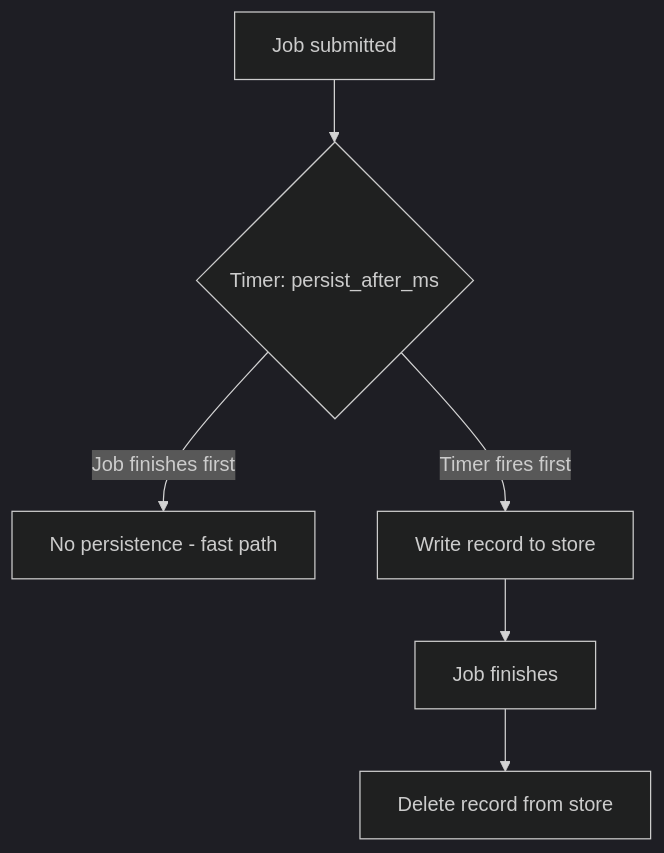
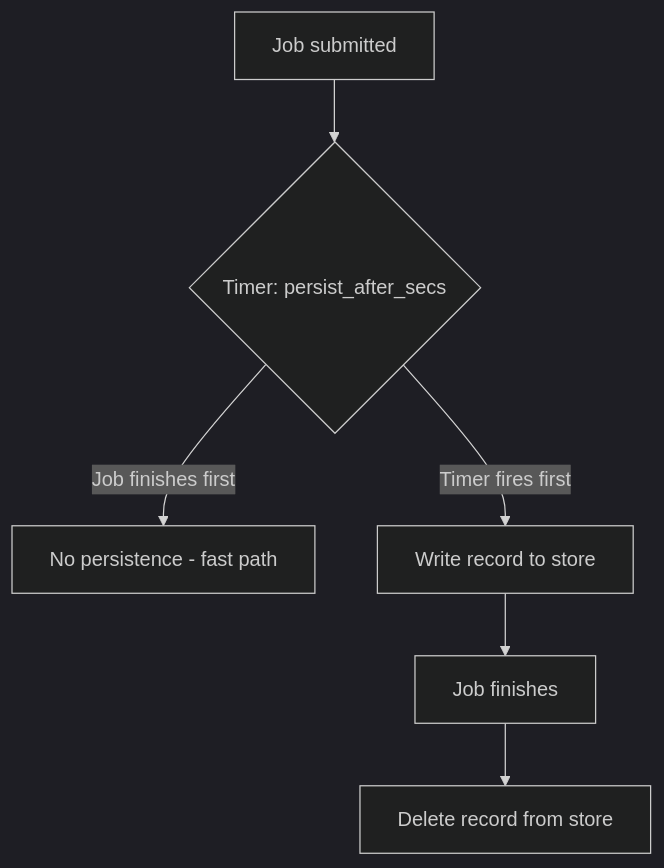
One commit to ecmwf/bits-broker changed the eighth of 9 diagrams in docs/src/data-flow.md. Above: the diagram before and after it, drawn with Mermaid (dark theme). The commit also changed 11 other files, not shown here.

````diff
--- a/docs/src/data-flow.md
+++ b/docs/src/data-flow.md
@@ -221,8 +221,8 @@
 ```mermaid
 flowchart TD
-    A[Job submitted] --> B{Timer: persist_after_ms}
+    A[Job submitted] --> B{Timer: persist_after_secs}
     B -->|Job finishes first| C[No persistence - fast path]
     B -->|Timer fires first| D[Write record to store]
     D --> E[Job finishes]
     E --> F[Delete record from store]
 ```
````
